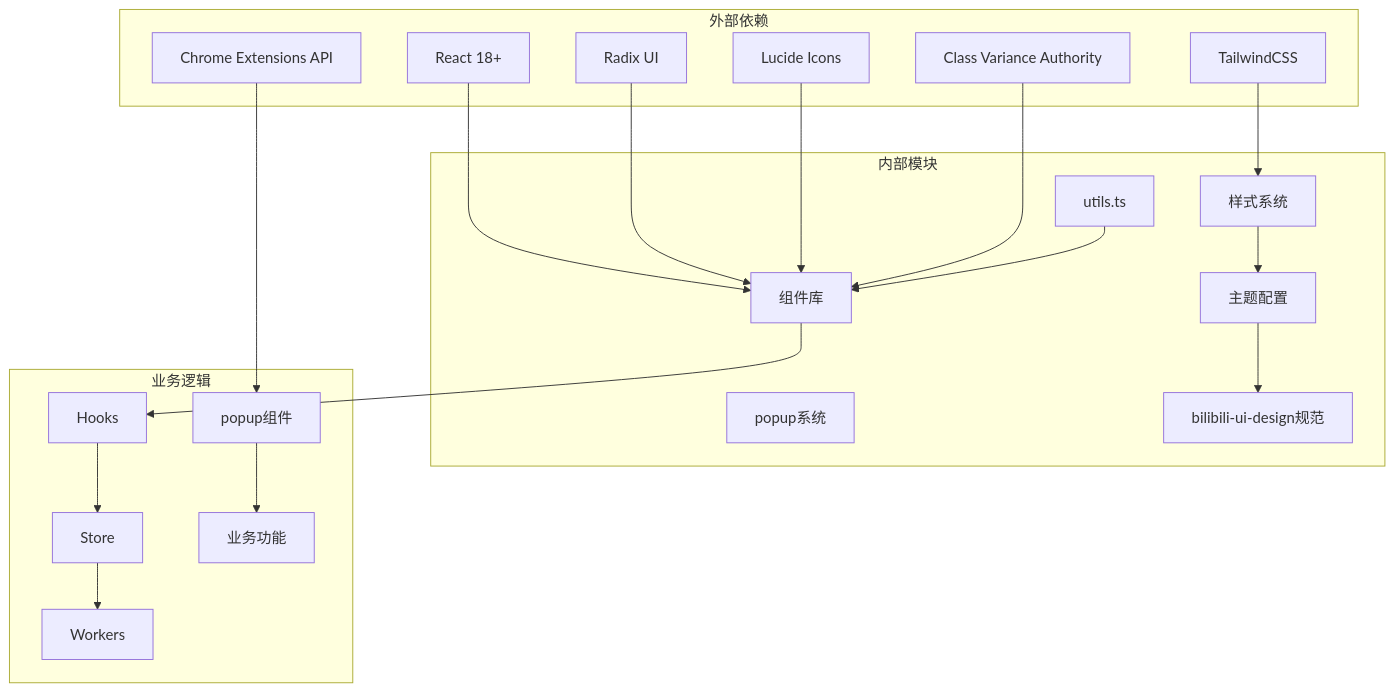
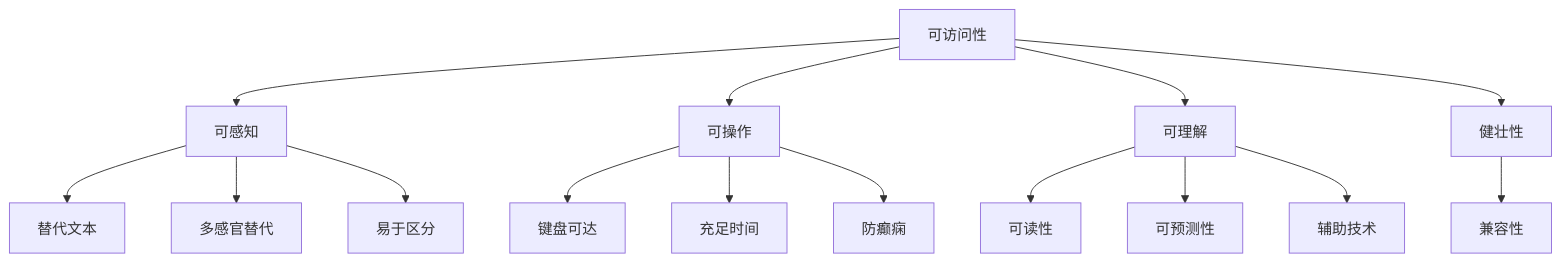
One commit to RadiumAg/bilibili-favorites changed diagram 20 of 24 in .qoder/repowiki/zh/content/开发指南/UI_UX专业设计系统.md. Above: the diagram before and after it, drawn with Mermaid. The commit also changed other lines of this file and 21 other files, not shown here.

````diff
--- a/.qoder/repowiki/zh/content/开发指南/UI_UX专业设计系统.md
+++ b/.qoder/repowiki/zh/content/开发指南/UI_UX专业设计系统.md
@@ -685,39 +743,17 @@
 ```mermaid
 graph TB
-subgraph "外部依赖"
-A[React 18+]
-B[TailwindCSS]
-C[Radix UI]
-D[Lucide Icons]
-E[Class Variance Authority]
-F[Chrome Extensions API]
-end
-subgraph "内部模块"
-G[utils.ts]
-H[组件库]
-I[样式系统]
-J[主题配置]
-K[popup系统]
-L[bilibili-ui-design规范]
-end
-subgraph "业务逻辑"
-M[Hooks]
-N[Store]
-O[Workers]
-P[popup组件]
-Q[业务功能]
-end
-A --> H
-B --> I
-C --> H
-D --> H
-E --> H
-F --> P
-G --> H
-I --> J
-H --> M
-M --> N
-N --> O
-P --> Q
-J --> L
+Accessibility[可访问性] --> Perceivable[可感知]
+Accessibility --> Operable[可操作]
+Accessibility --> Understandable[可理解]
+Accessibility --> Robust[健壮性]
+Perceivable --> TextAlternatives[替代文本]
+Perceivable --> SensoryAlternatives[多感官替代]
+Perceivable --> Distinguishable[易于区分]
+Operable --> KeyboardAccessible[键盘可达]
+Operable --> EnoughTime[充足时间]
+Operable --> SeizureSafe[防癫痫]
+Understandable --> Readable[可读性]
+Understandable --> Predictable[可预测性]
+Understandable --> Assistive[辅助技术]
+Robust --> Compatible[兼容性]
 ```
````
